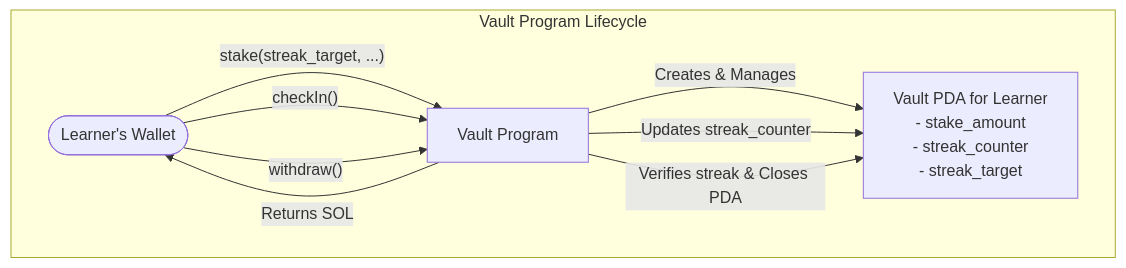
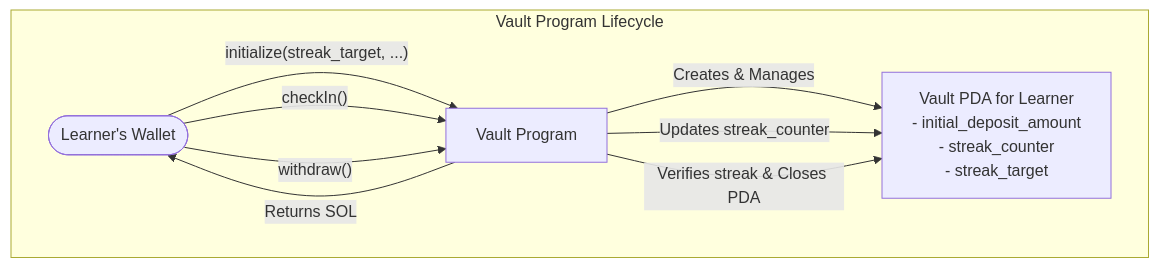
Before and after one commit to indralukmana/turbin3_Q3_indralukmana_capstone: the third of 3 diagrams in docs/v0/06-high-level-overview.md, drawn with Mermaid. The commit also changed other lines of this file and 10 other files, not shown here.

````diff
--- a/docs/v0/06-high-level-overview.md
+++ b/docs/v0/06-high-level-overview.md
@@ -52,21 +53,21 @@
 ```mermaid
 graph TD
     subgraph "Vault Program Lifecycle"
         UserWallet([Learner's Wallet])
         VaultProgram["Vault Program"]
         VaultPDA["Vault PDA for Learner
-        - stake_amount
+        - initial_deposit_amount
         - streak_counter
         - streak_target"]
 
-        UserWallet -- "stake(streak_target, ...)" --> VaultProgram
+        UserWallet -- "initialize(streak_target, ...)" --> VaultProgram
         VaultProgram -- "Creates & Manages" --> VaultPDA
-        
+
         UserWallet -- "checkIn()" --> VaultProgram
         VaultProgram -- "Updates streak_counter" --> VaultPDA
-        
+
         UserWallet -- "withdraw()" --> VaultProgram
         VaultProgram -- "Verifies streak & Closes PDA" --> VaultPDA
         VaultProgram -- "Returns SOL" --> UserWallet
     end
 ```
````
